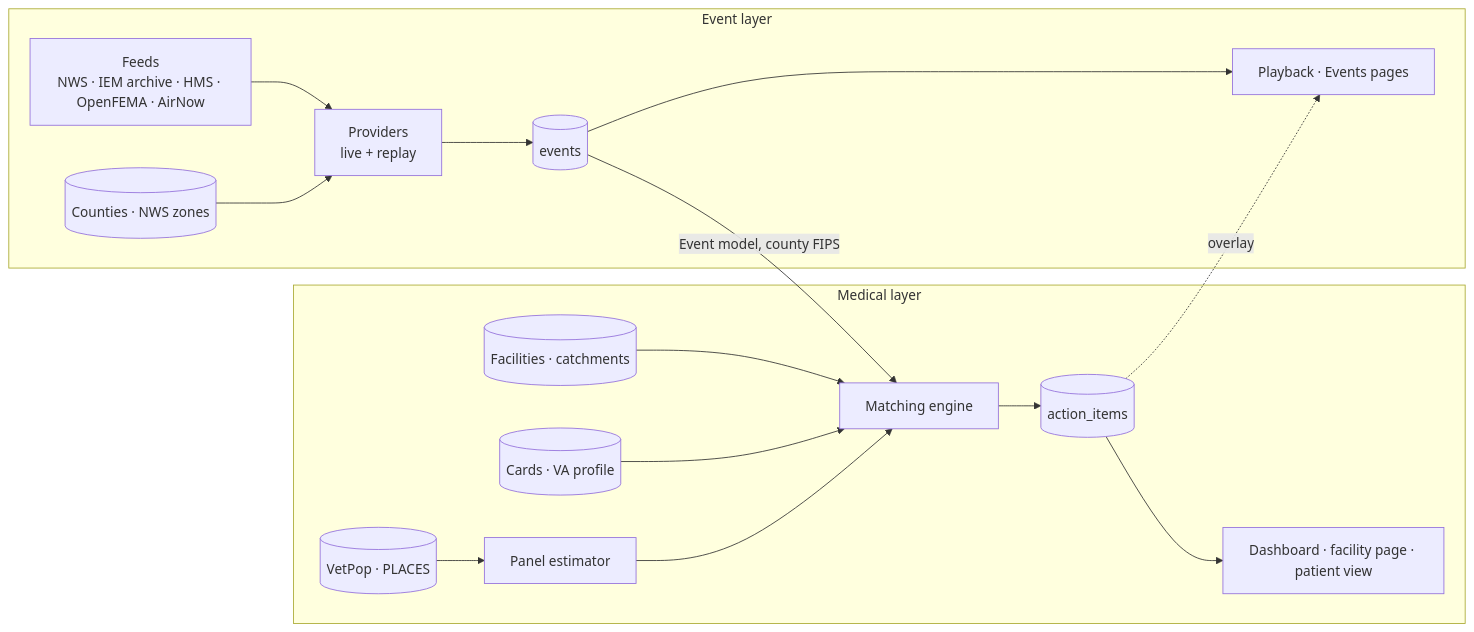
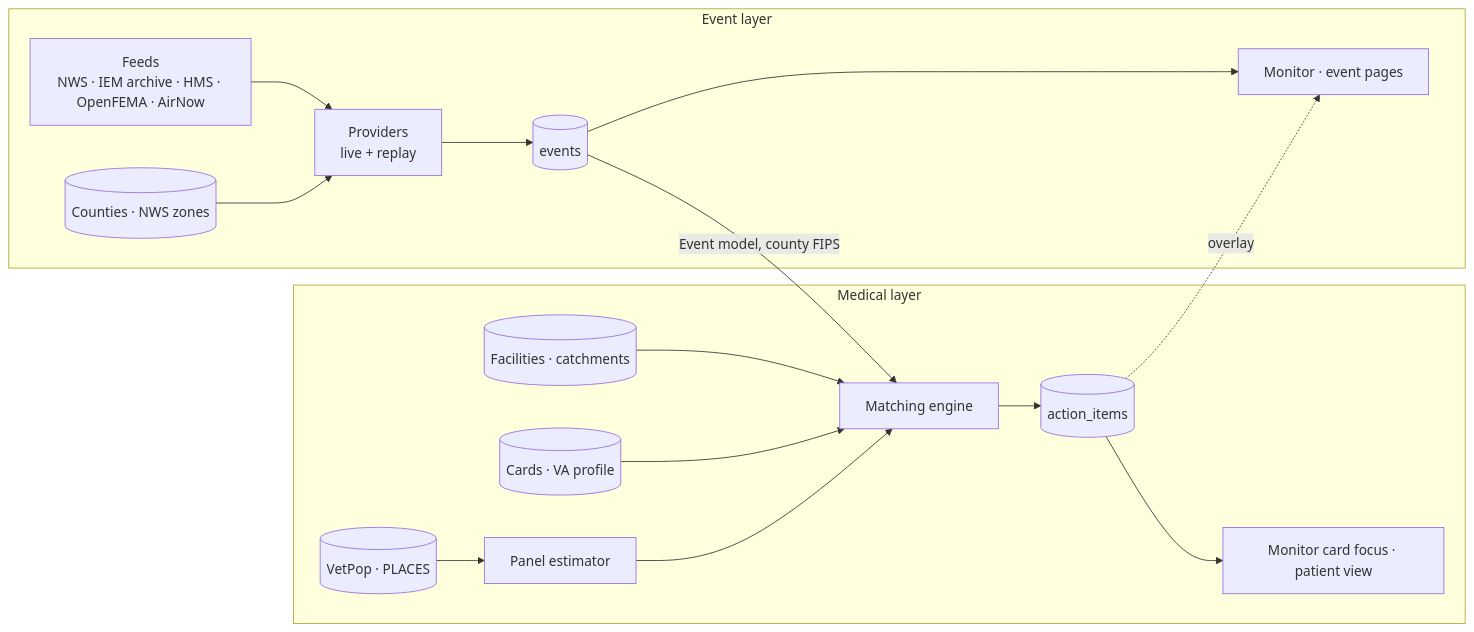
The diagram in docs/guide/README.md (shlyakhter1/med-extreme-events), drawn with Mermaid before and after one commit. The commit also changed other lines of this file and 47 other files, not shown here.

````diff
--- a/docs/guide/README.md
+++ b/docs/guide/README.md
@@ -30,18 +30,18 @@
 ```mermaid
 flowchart LR
   subgraph EV[Event layer]
     F[Feeds<br/>NWS · IEM archive · HMS · OpenFEMA · AirNow] --> P[Providers<br/>live + replay]
     P --> ES[(events)]
     G1[(Counties · NWS zones)] --> P
-    ES --> PB[Playback · Events pages]
+    ES --> PB[Monitor · event pages]
   end
   subgraph MED[Medical layer]
     FAC[(Facilities · catchments)] --> ENG[Matching engine]
     CARDS[(Cards · VA profile)] --> ENG
     DEN[(VetPop · PLACES)] --> PAN[Panel estimator] --> ENG
     ENG --> AI[(action_items)]
-    AI --> UI[Dashboard · facility page · patient view]
+    AI --> UI[Monitor card focus · patient view]
   end
   ES -- Event model, county FIPS --> ENG
   AI -. overlay .-> PB
 ```
````
